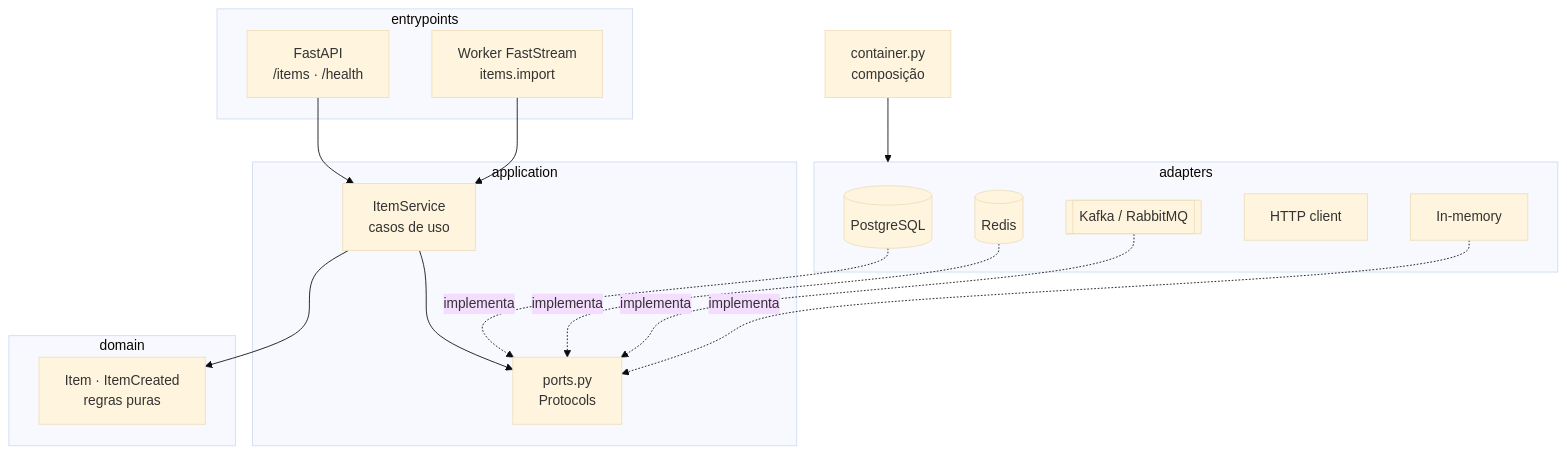
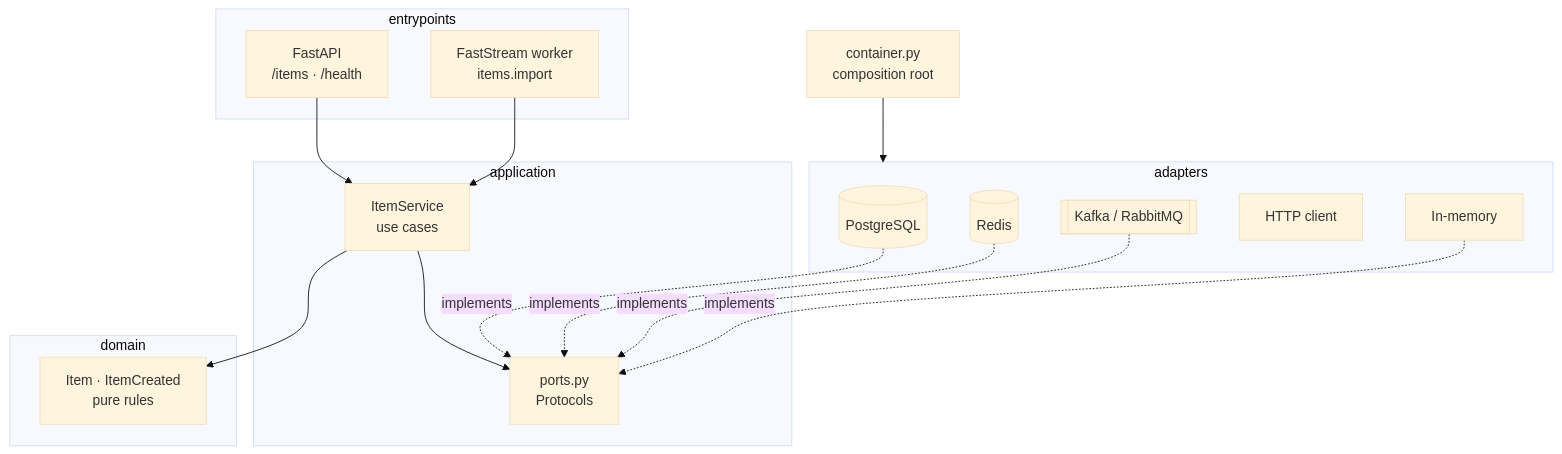
One commit to spassos/codex-harness-template changed the third of 4 diagrams in README.md. Above: the diagram before and after it, drawn with Mermaid (base theme). The commit also changed other lines of this file, not shown here.

````diff
--- a/README.md
+++ b/README.md
@@ -183,30 +184,30 @@
 ```mermaid
 flowchart TB
   subgraph entrypoints [entrypoints]
     API[FastAPI<br/>/items · /health]
-    W[Worker FastStream<br/>items.import]
+    W[FastStream worker<br/>items.import]
   end
   subgraph application [application]
-    UC[ItemService<br/>casos de uso]
+    UC[ItemService<br/>use cases]
     PO[ports.py<br/>Protocols]
   end
   subgraph domain [domain]
-    DM[Item · ItemCreated<br/>regras puras]
+    DM[Item · ItemCreated<br/>pure rules]
   end
   subgraph adapters [adapters]
     PG[(PostgreSQL)]
     RD[(Redis)]
     BK[[Kafka / RabbitMQ]]
     HTTP[HTTP client]
     MEM[In-memory]
   end
   API --> UC
   W --> UC
   UC --> DM
   UC --> PO
-  PG -.implementa.-> PO
-  RD -.implementa.-> PO
-  BK -.implementa.-> PO
-  MEM -.implementa.-> PO
-  C[container.py<br/>composição] --> adapters
+  PG -.implements.-> PO
+  RD -.implements.-> PO
+  BK -.implements.-> PO
+  MEM -.implements.-> PO
+  C[container.py<br/>composition root] --> adapters
 ```
````
